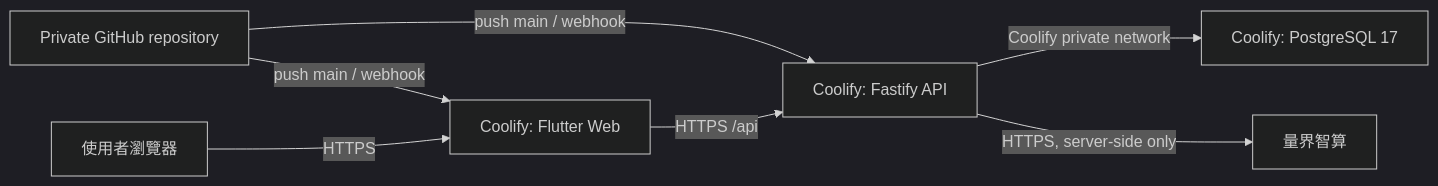
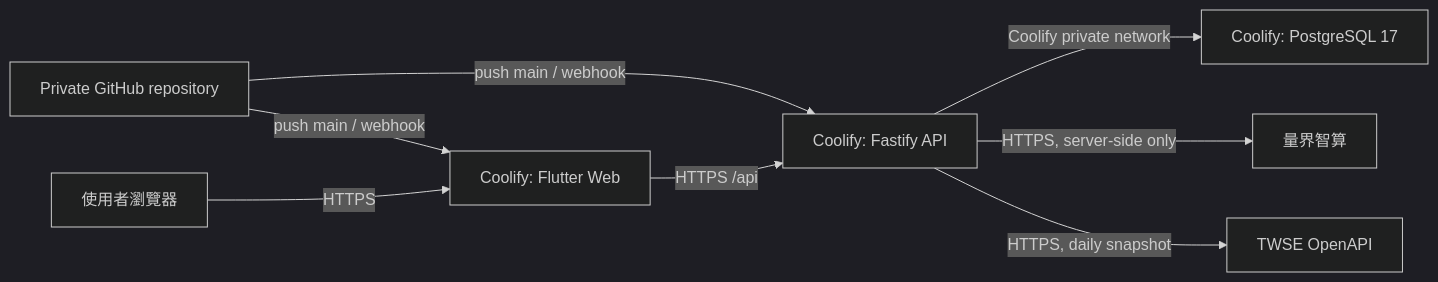
The diagram in README.md (Sutdents-Project-Hub/FutureMint_AI), drawn with Mermaid (dark theme) before and after one commit. The commit also changed other lines of this file and 71 other files, not shown here.

````diff
--- a/README.md
+++ b/README.md
@@ -29,9 +46,10 @@
 ```mermaid
 flowchart LR
     G["Private GitHub repository"] -->|"push main / webhook"| W["Coolify: Flutter Web"]
     G -->|"push main / webhook"| A["Coolify: Fastify API"]
     U["使用者瀏覽器"] -->|"HTTPS"| W
     W -->|"HTTPS /api"| A
     A -->|"Coolify private network"| P["Coolify: PostgreSQL 17"]
     A -->|"HTTPS, server-side only"| L["量界智算"]
+    A -->|"HTTPS, daily snapshot"| T["TWSE OpenAPI"]
 ```
````
